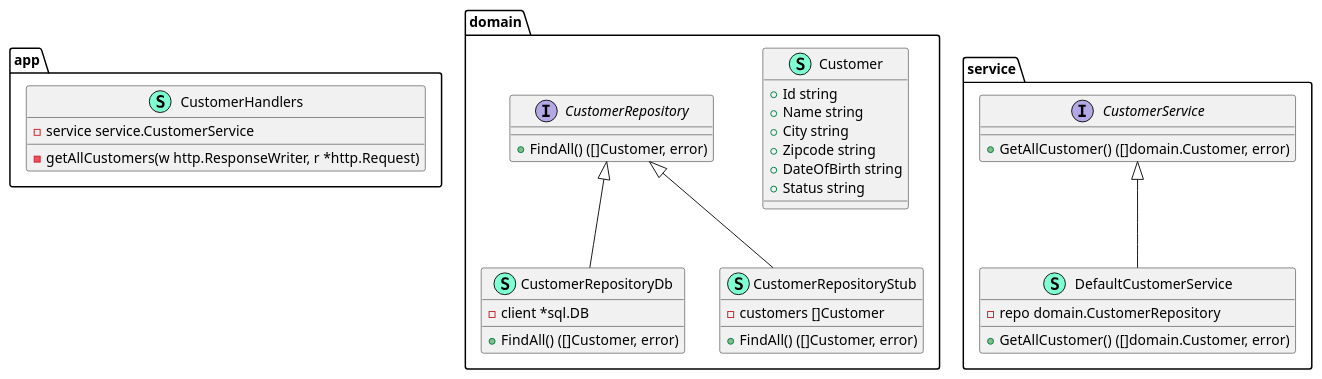
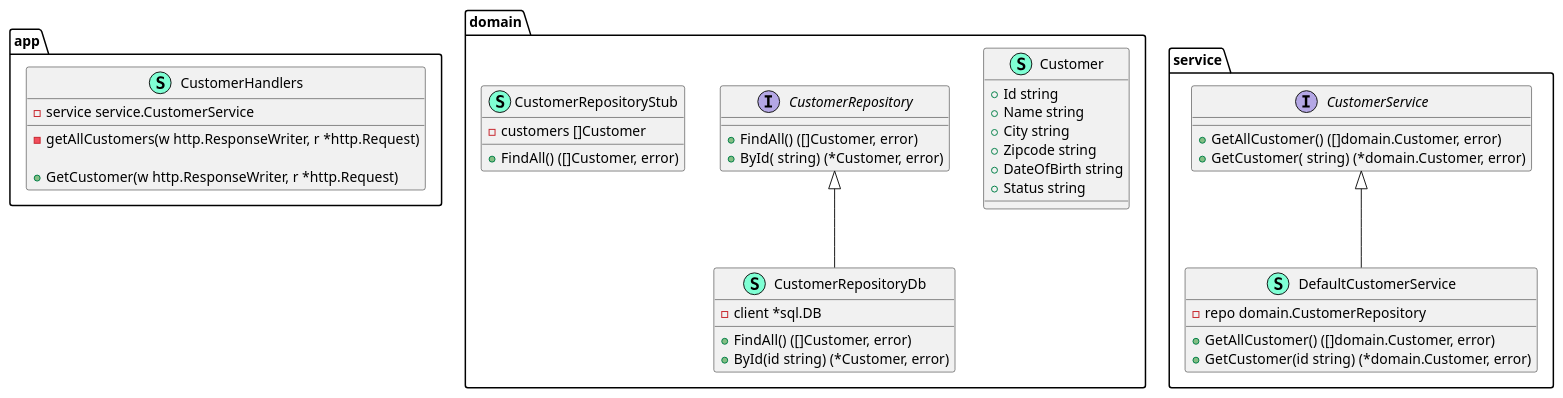
One commit to jceatwell/bankHexArch changed the diagram in resources/uml/BankHexArh.puml. Above: the diagram before and after it, drawn with PlantUML. The commit also changed 8 other files, not shown here.

```diff
--- a/resources/uml/BankHexArh.puml
+++ b/resources/uml/BankHexArh.puml
@@ -1,58 +1,63 @@
 @startuml
 namespace app {
     class CustomerHandlers << (S,Aquamarine) >> {
         - service service.CustomerService
 
         - getAllCustomers(w http.ResponseWriter, r *http.Request) 
+
+        + GetCustomer(w http.ResponseWriter, r *http.Request) 
 
     }
 }
 
 
 namespace domain {
     class Customer << (S,Aquamarine) >> {
         + Id string
         + Name string
         + City string
         + Zipcode string
         + DateOfBirth string
         + Status string
 
     }
     interface CustomerRepository  {
         + FindAll() ([]Customer, error)
+        + ById( string) (*Customer, error)
 
     }
     class CustomerRepositoryDb << (S,Aquamarine) >> {
         - client *sql.DB
 
         + FindAll() ([]Customer, error)
+        + ById(id string) (*Customer, error)
 
     }
     class CustomerRepositoryStub << (S,Aquamarine) >> {
         - customers []Customer
 
         + FindAll() ([]Customer, error)
 
     }
 }
 
 "domain.CustomerRepository" <|-- "domain.CustomerRepositoryDb"
-"domain.CustomerRepository" <|-- "domain.CustomerRepositoryStub"
 
 namespace service {
     interface CustomerService  {
         + GetAllCustomer() ([]domain.Customer, error)
+        + GetCustomer( string) (*domain.Customer, error)
 
     }
     class DefaultCustomerService << (S,Aquamarine) >> {
         - repo domain.CustomerRepository
 
         + GetAllCustomer() ([]domain.Customer, error)
+        + GetCustomer(id string) (*domain.Customer, error)
 
     }
 }
 
 "service.CustomerService" <|-- "service.DefaultCustomerService"
 
 @enduml
```
